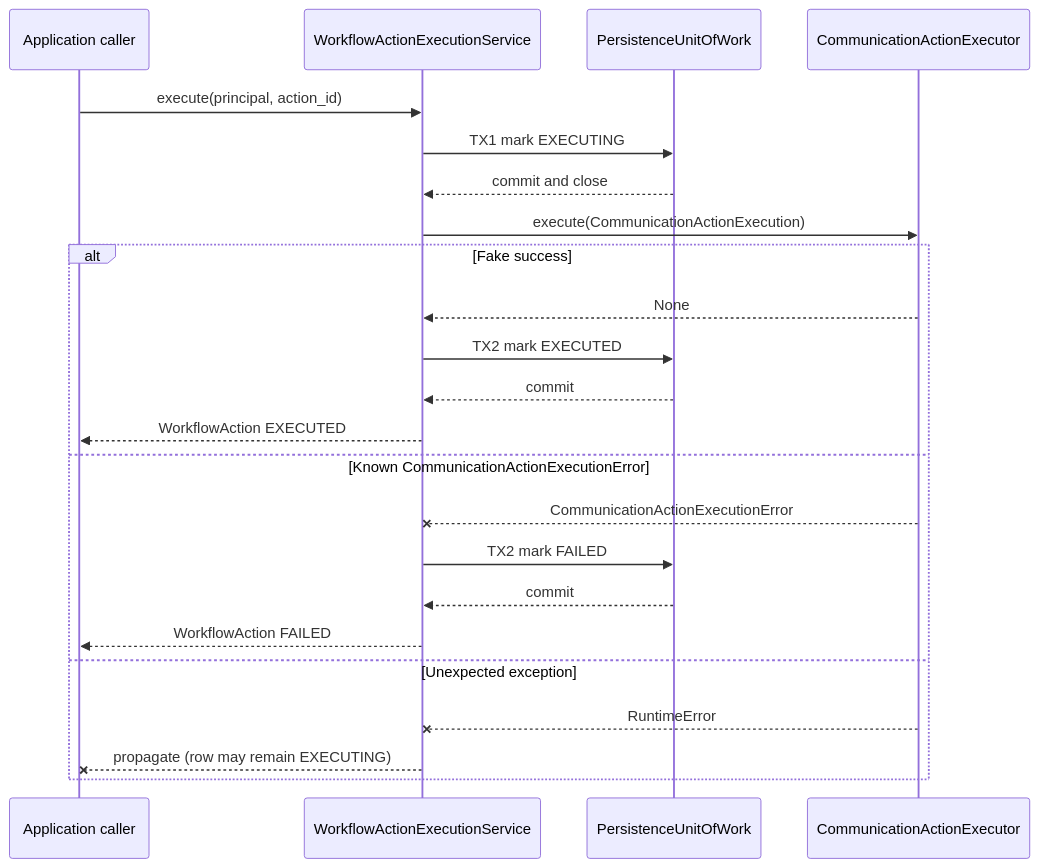
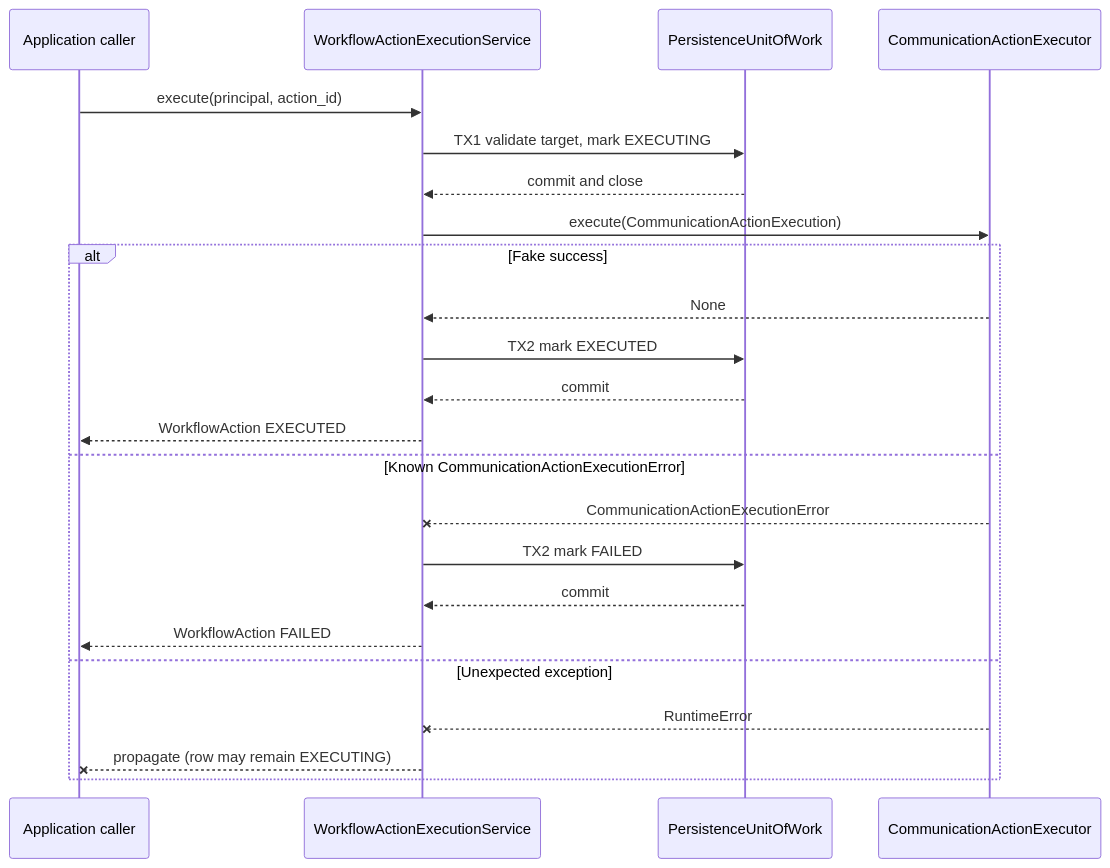
Before and after one commit to Susanta2025-lab/enterprise-communication-intelligence: diagram 11 of 12 in docs/architecture/sequence-diagrams.md, drawn with Mermaid. The commit also changed other lines of this file and 46 other files, not shown here.

````diff
--- a/docs/architecture/sequence-diagrams.md
+++ b/docs/architecture/sequence-diagrams.md
@@ -289,26 +289,26 @@
 ```mermaid
 sequenceDiagram
     participant Caller as Application caller
     participant Exec as WorkflowActionExecutionService
     participant UoW as PersistenceUnitOfWork
     participant Port as CommunicationActionExecutor
 
     Caller->>Exec: execute(principal, action_id)
-    Exec->>UoW: TX1 mark EXECUTING
+    Exec->>UoW: TX1 validate target, mark EXECUTING
     UoW-->>Exec: commit and close
     Exec->>Port: execute(CommunicationActionExecution)
     alt Fake success
         Port-->>Exec: None
         Exec->>UoW: TX2 mark EXECUTED
         UoW-->>Exec: commit
         Exec-->>Caller: WorkflowAction EXECUTED
     else Known CommunicationActionExecutionError
         Port--xExec: CommunicationActionExecutionError
         Exec->>UoW: TX2 mark FAILED
         UoW-->>Exec: commit
         Exec-->>Caller: WorkflowAction FAILED
     else Unexpected exception
         Port--xExec: RuntimeError
         Exec--xCaller: propagate (row may remain EXECUTING)
     end
 ```
````
